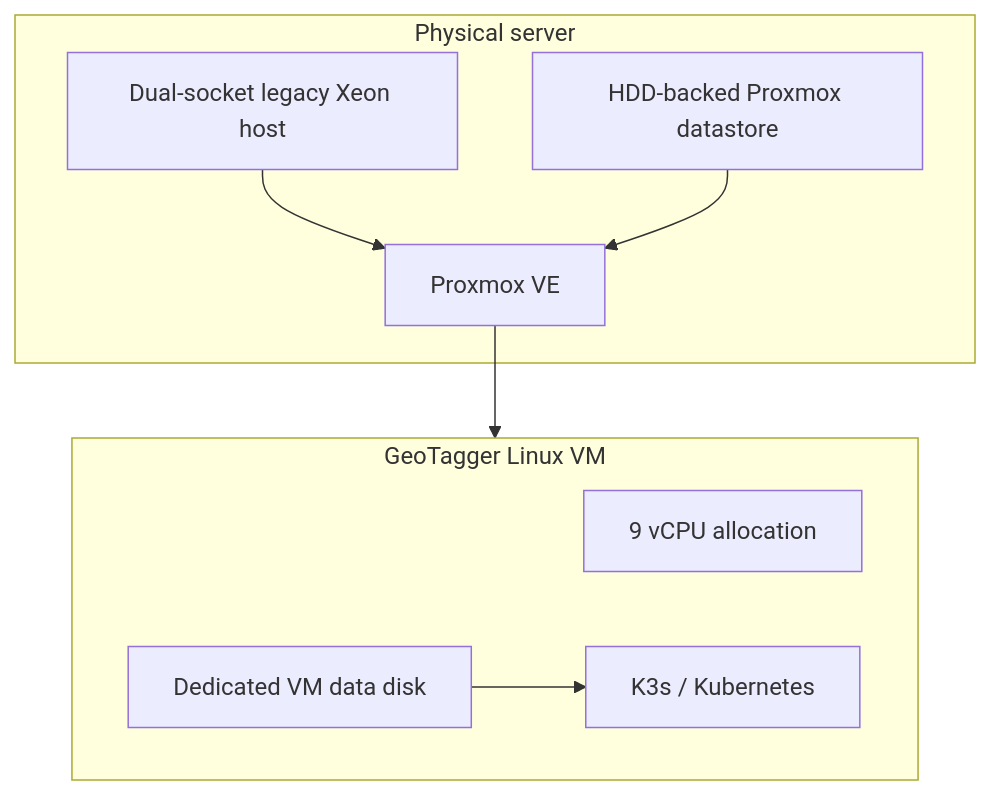
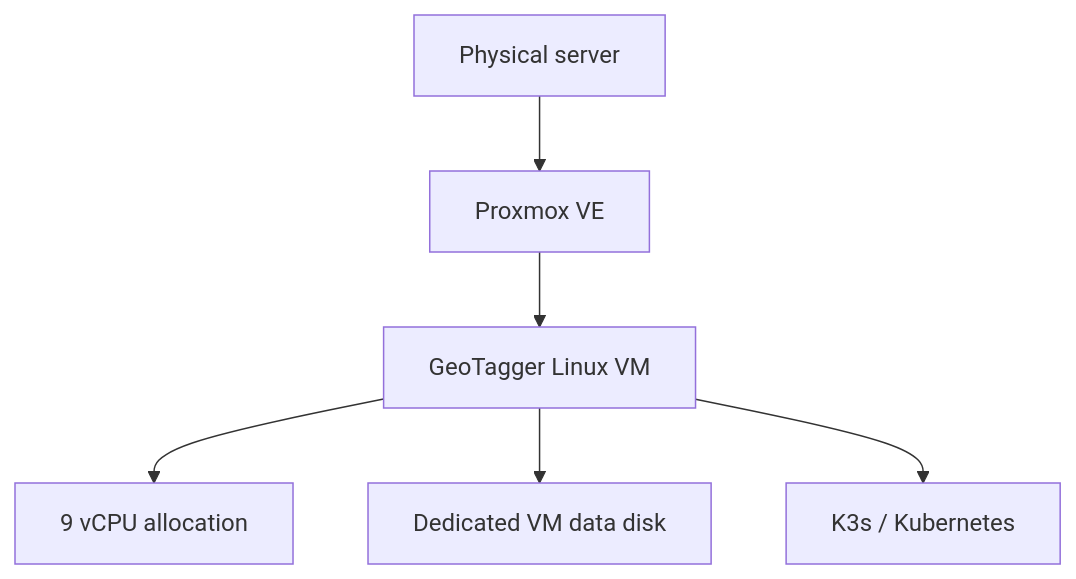
Before and after one commit to Jstarzz/geotagger: the second of 21 diagrams in docs/ARCHITECTURE.md, drawn with Mermaid. The commit also changed other lines of this file, not shown here.

Commit message:
docs: replace architecture diagrams with GitHub-safe Mermaid

````diff
--- a/docs/ARCHITECTURE.md
+++ b/docs/ARCHITECTURE.md
@@ -43,19 +42,8 @@
 ```mermaid
 flowchart TB
-    subgraph HOST[Physical server]
-        CPU[Dual-socket legacy Xeon host]
-        HDD[HDD-backed Proxmox datastore]
-        PVE[Proxmox VE]
-    end
-
-    subgraph VM[GeoTagger Linux VM]
-        VCPU[9 vCPU allocation]
-        DATA[Dedicated VM data disk]
-        K3S[K3s / Kubernetes]
-    end
-
-    CPU --> PVE
-    HDD --> PVE
-    PVE --> VM
-    DATA --> K3S
+    HOST["Physical server"] --> PVE["Proxmox VE"]
+    PVE --> VM["GeoTagger Linux VM"]
+    VM --> VCPU["9 vCPU allocation"]
+    VM --> VDISK["Dedicated VM data disk"]
+    VM --> K3S["K3s / Kubernetes"]
 ```
````
